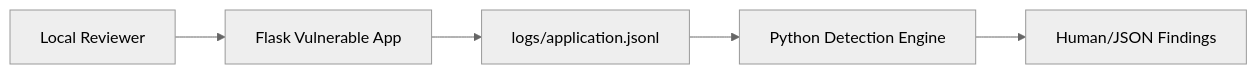
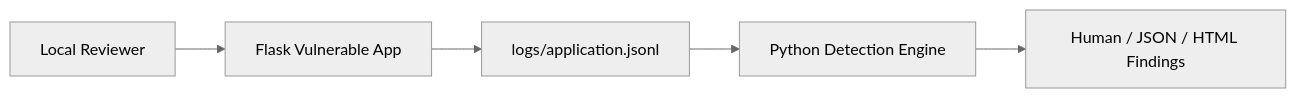
The diagram in README.md (n1wo/owasp-lab-detection-engine), drawn with Mermaid (neutral theme) before and after one commit. The commit also changed other lines of this file and 10 other files, not shown here.

````diff
--- a/README.md
+++ b/README.md
@@ -68,7 +73,7 @@
 ```mermaid
 flowchart LR
     A["Local Reviewer"] --> B["Flask Vulnerable App"]
     B --> C["logs/application.jsonl"]
     C --> D["Python Detection Engine"]
-    D --> E["Human/JSON Findings"]
+    D --> E["Human / JSON / HTML Findings"]
 ```
````
